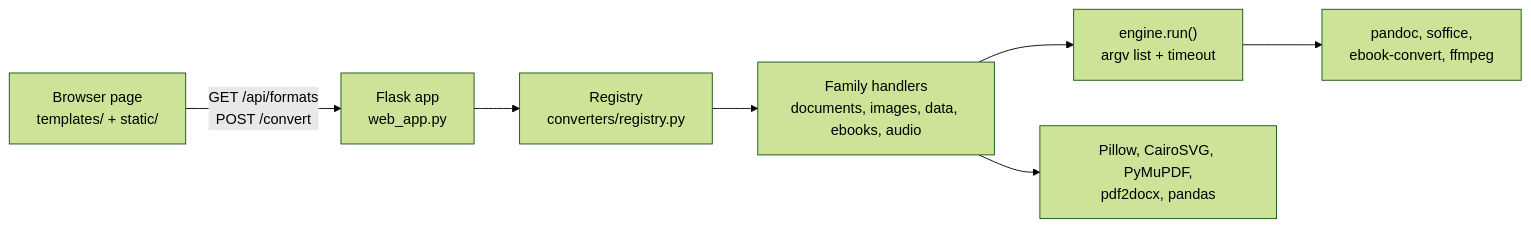
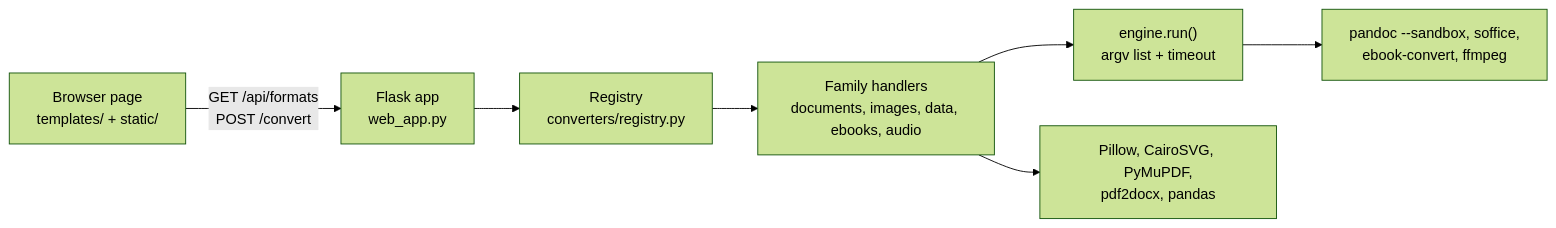
Before and after one commit to jadrianlg16/file-converter: the diagram in README.md, drawn with Mermaid (forest theme). The commit also changed other lines of this file and 1 other file, not shown here.

First line of the commit message:
Update the README for the sandbox, non-root image, lint and CI

````diff
--- a/README.md
+++ b/README.md
@@ -60,9 +61,9 @@
 ```mermaid
 flowchart LR
   UI["Browser page<br/>templates/ + static/"] -->|"GET /api/formats<br/>POST /convert"| API["Flask app<br/>web_app.py"]
   API --> REG["Registry<br/>converters/registry.py"]
   REG --> H["Family handlers<br/>documents, images, data, ebooks, audio"]
   H --> ENG["engine.run()<br/>argv list + timeout"]
-  ENG --> BIN["pandoc, soffice,<br/>ebook-convert, ffmpeg"]
+  ENG --> BIN["pandoc --sandbox, soffice,<br/>ebook-convert, ffmpeg"]
   H --> LIB["Pillow, CairoSVG, PyMuPDF,<br/>pdf2docx, pandas"]
 ```
````
